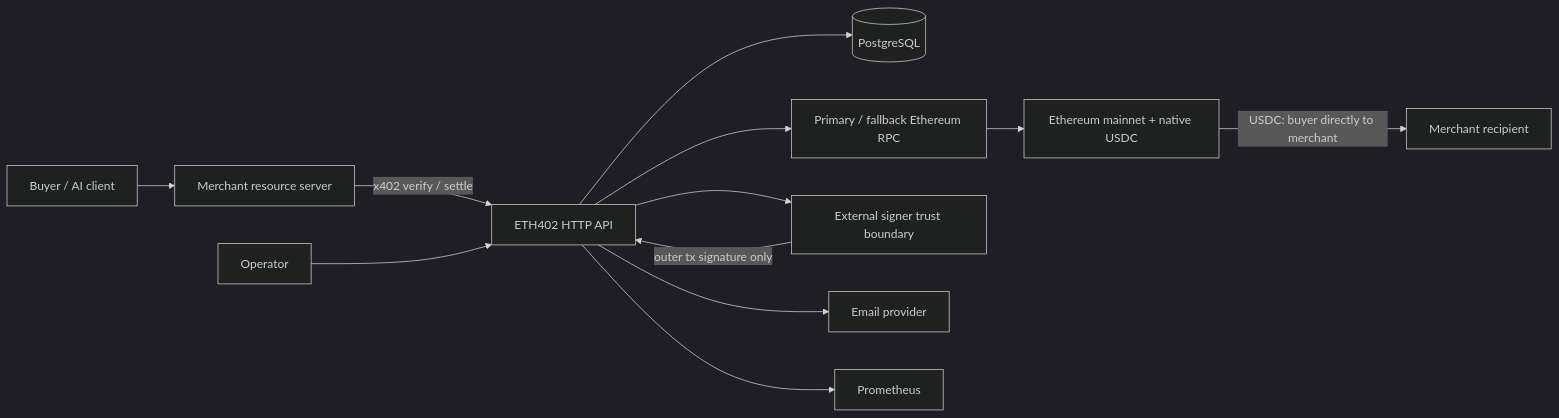
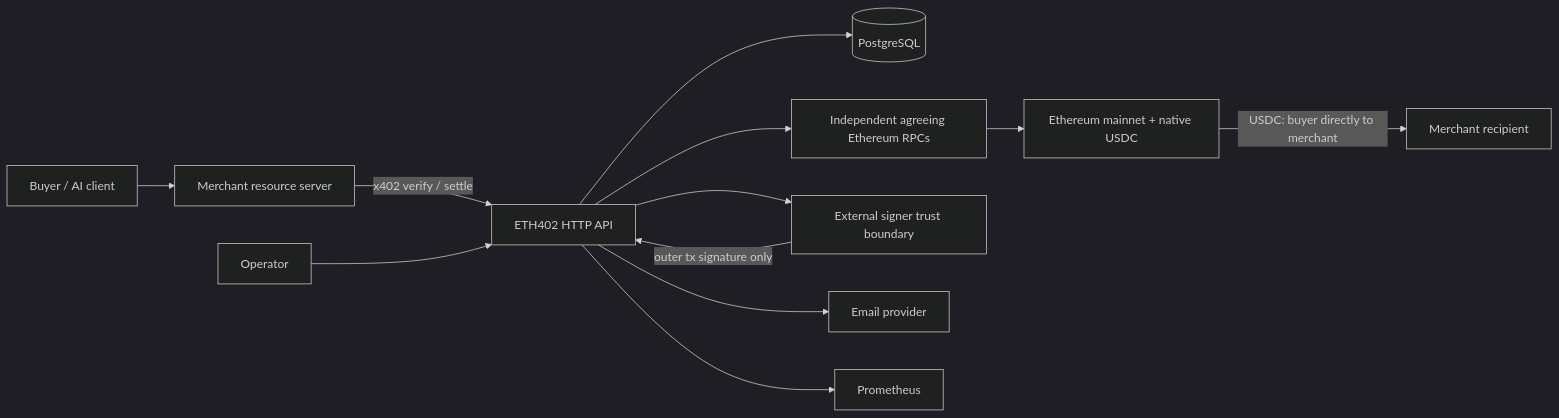
One commit to ETH402/facilitator changed the diagram in docs/ARCHITECTURE.md. Above: the diagram before and after it, drawn with Mermaid (dark theme). The commit also changed other lines of this file and 62 other files, not shown here.

````diff
--- a/docs/ARCHITECTURE.md
+++ b/docs/ARCHITECTURE.md
@@ -9,14 +9,14 @@
 ```mermaid
 flowchart LR
   Client[Buyer / AI client] --> Merchant[Merchant resource server]
   Merchant -->|x402 verify / settle| API[ETH402 HTTP API]
   Operator[Operator] --> API
   API --> DB[(PostgreSQL)]
-  API --> RPC[Primary / fallback Ethereum RPC]
+  API --> RPC[Independent agreeing Ethereum RPCs]
   API --> Signer[External signer trust boundary]
   API --> Mail[Email provider]
   API --> Metrics[Prometheus]
   RPC --> ETH[Ethereum mainnet + native USDC]
   Signer -->|outer tx signature only| API
   ETH -->|USDC: buyer directly to merchant| MerchantWallet[Merchant recipient]
 ```
````
